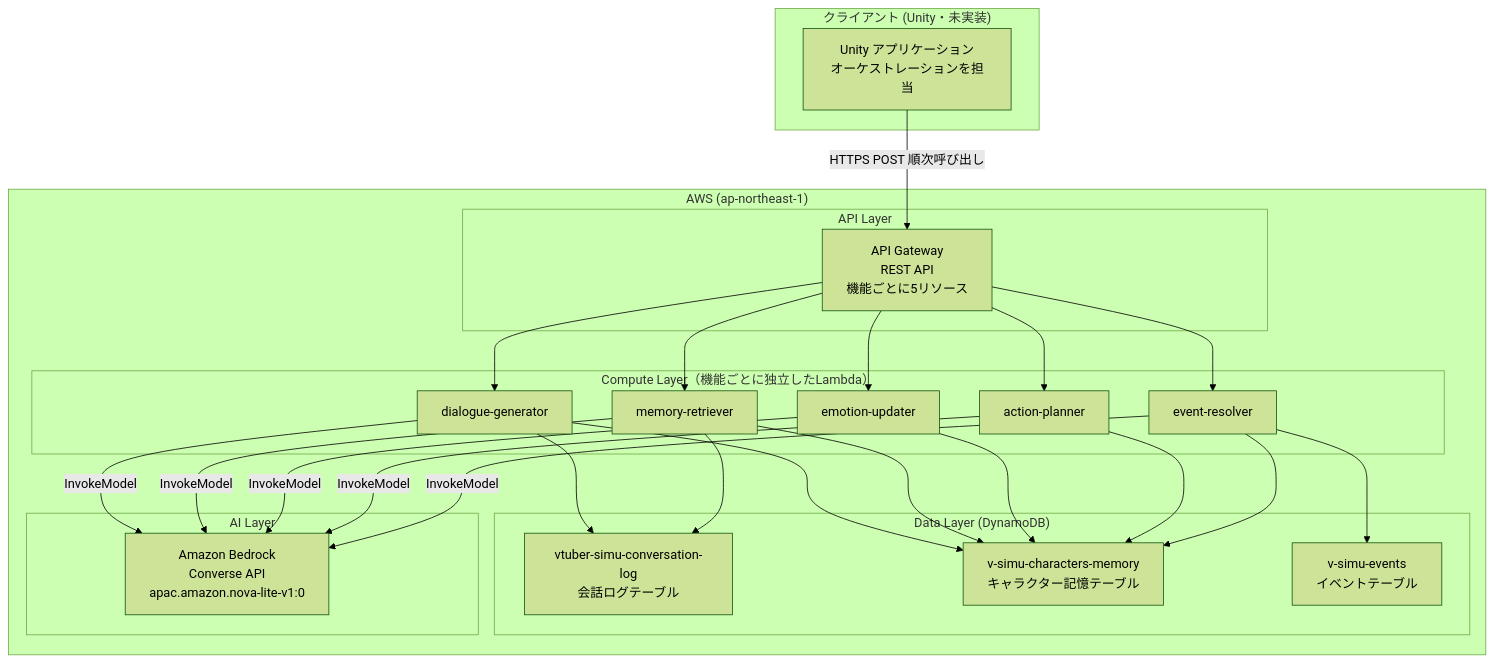
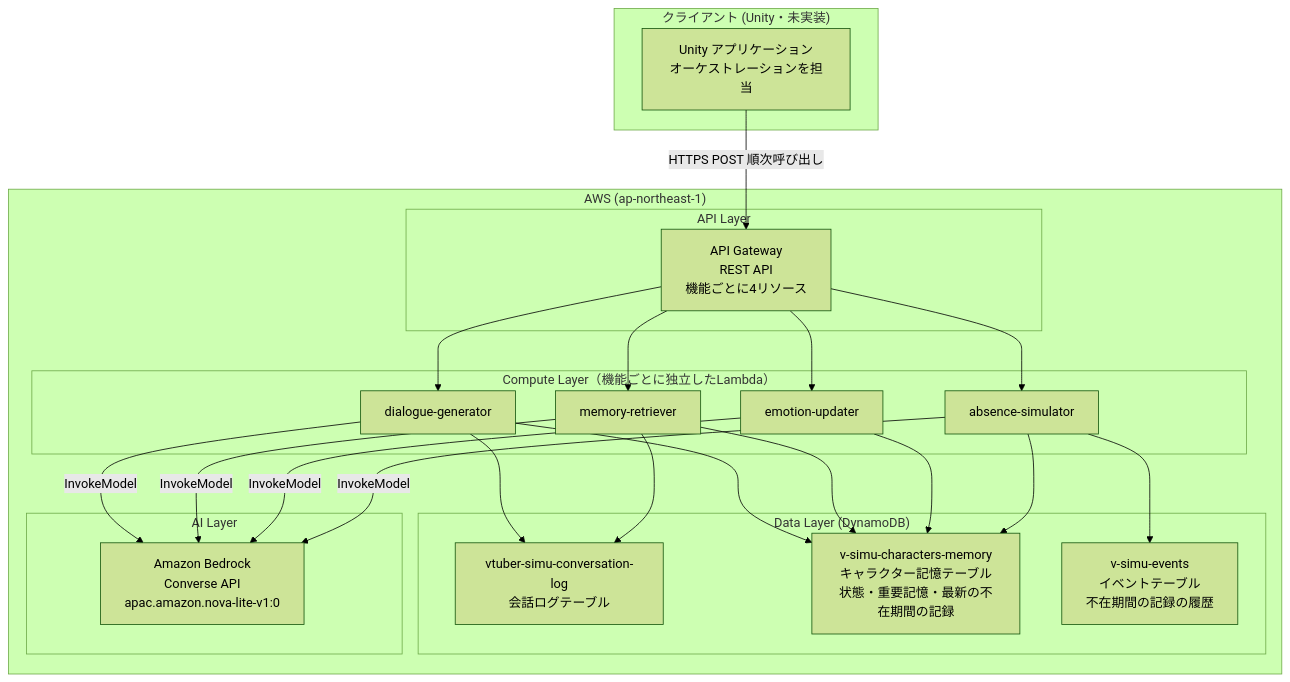
Before and after one commit to yatohana1231-ux/vtuber-simulator-api: the first of 10 diagrams in README.md, drawn with Mermaid (forest theme). The commit also changed other lines of this file and 3 other files, not shown here.

Commit message:
docs: update API docs for absence-simulator and layered prompts

````diff
--- a/README.md
+++ b/README.md
@@ -108,39 +122,37 @@
 ```mermaid
 graph TB
     subgraph Client["クライアント (Unity・未実装)"]
         UNITY[Unity アプリケーション<br/>オーケストレーションを担当]
     end
 
     subgraph AWS["AWS (ap-northeast-1)"]
         subgraph APILayer["API Layer"]
-            APIGW[API Gateway<br/>REST API<br/>機能ごとに5リソース]
+            APIGW[API Gateway<br/>REST API<br/>機能ごとに4リソース]
         end
         subgraph ComputeLayer["Compute Layer（機能ごとに独立したLambda）"]
-            L1[event-resolver]
-            L2[action-planner]
+            L1[absence-simulator]
             L3[emotion-updater]
             L4[memory-retriever]
             L5[dialogue-generator]
         end
         subgraph DataLayer["Data Layer (DynamoDB)"]
             CONV_LOG[vtuber-simu-conversation-log<br/>会話ログテーブル]
-            CHAR_MEM[v-simu-characters-memory<br/>キャラクター記憶テーブル]
-            EVENTS[v-simu-events<br/>イベントテーブル]
+            CHAR_MEM[v-simu-characters-memory<br/>キャラクター記憶テーブル<br/>状態・重要記憶・最新の不在期間の記録]
+            EVENTS[v-simu-events<br/>イベントテーブル<br/>不在期間の記録の履歴]
         end
         subgraph AILayer["AI Layer"]
             BEDROCK[Amazon Bedrock<br/>Converse API<br/>apac.amazon.nova-lite-v1:0]
         end
     end
 
     UNITY -->|HTTPS POST 順次呼び出し| APIGW
-    APIGW --> L1 & L2 & L3 & L4 & L5
+    APIGW --> L1 & L3 & L4 & L5
     L1 --> CHAR_MEM
     L1 --> EVENTS
-    L2 --> CHAR_MEM
     L3 --> CHAR_MEM
     L4 --> CHAR_MEM
     L4 --> CONV_LOG
     L5 --> CHAR_MEM
     L5 --> CONV_LOG
-    L1 & L2 & L3 & L4 & L5 -->|InvokeModel| BEDROCK
+    L1 & L3 & L4 & L5 -->|InvokeModel| BEDROCK
 ```
````
